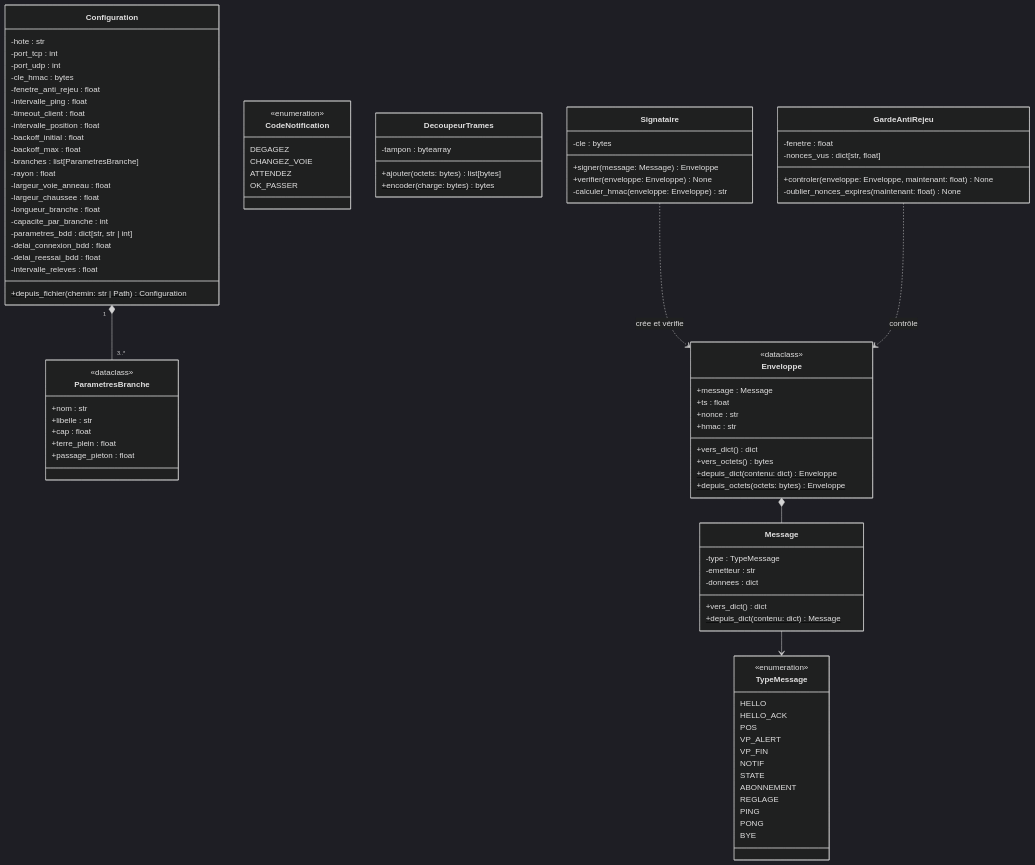
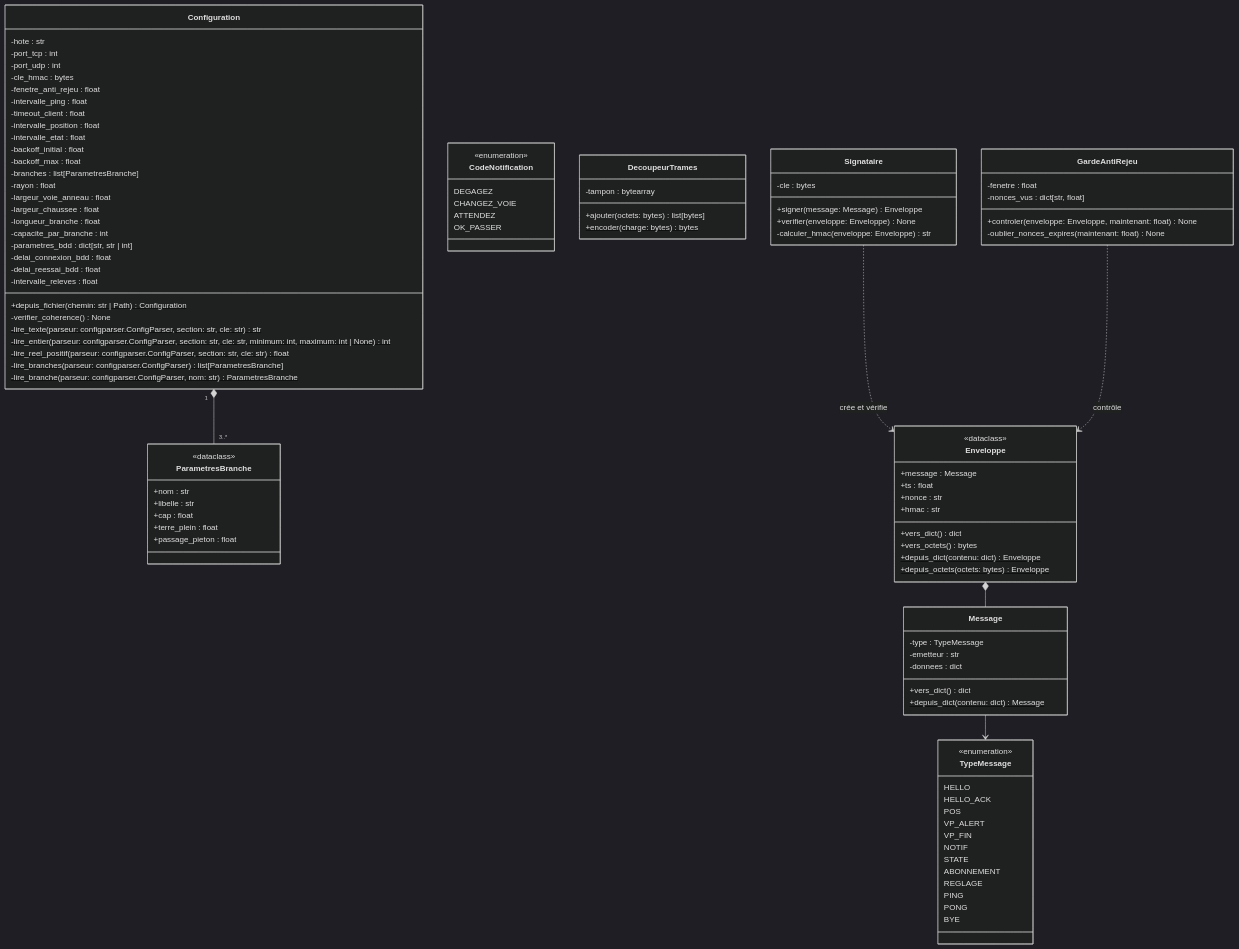
One commit to vRayzix/SAE3.02_Developper-une-application-communicante changed the second of 12 diagrams in docs/uml.md. Above: the diagram before and after it, drawn with Mermaid (dark theme). The commit also changed other lines of this file and 1 other file, not shown here.

First line of the commit message:
docs(uml): diagramme final, membres et dépendances repris du code

```diff
--- a/docs/uml.md
+++ b/docs/uml.md
@@ -72,6 +72,7 @@
         -intervalle_ping : float
         -timeout_client : float
         -intervalle_position : float
+        -intervalle_etat : float
         -backoff_initial : float
         -backoff_max : float
         -branches : list[ParametresBranche]
@@ -85,6 +86,12 @@
         -delai_reessai_bdd : float
         -intervalle_releves : float
         +depuis_fichier(chemin: str | Path) Configuration$
+        -verifier_coherence() None
+        -lire_texte(parseur: configparser.ConfigParser, section: str, cle: str) str$
+        -lire_entier(parseur: configparser.ConfigParser, section: str, cle: str, minimum: int, maximum: int | None) int$
+        -lire_reel_positif(parseur: configparser.ConfigParser, section: str, cle: str) float$
+        -lire_branches(parseur: configparser.ConfigParser) list[ParametresBranche]$
+        -lire_branche(parseur: configparser.ConfigParser, nom: str) ParametresBranche$
     }
 
     class ParametresBranche {
```
